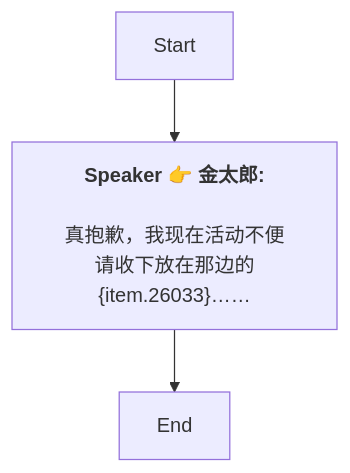
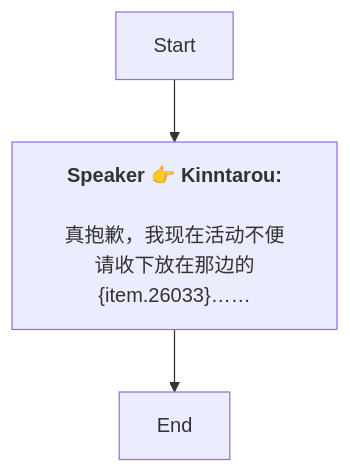
The diagram in Zh/QuestStartTalkENode_1738968291086509.md (SoftHu/tos_avg), drawn with Mermaid before and after one commit. The commit also changed 737 other files, not shown here.

````diff
--- a/Zh/QuestStartTalkENode_1738968291086509.md
+++ b/Zh/QuestStartTalkENode_1738968291086509.md
@@ -1,9 +1,8 @@
 ```mermaid
 graph
-Start -->1738969370984625[<b>Speaker 👉 金太郎:</b>
-
-真抱歉，我现在活动不便
+Start -->1738969370984625[<b>Speaker 👉 Kinntarou:</b>
+\n真抱歉，我现在活动不便
 请收下放在那边的&lbrace;item.26033&rbrace;……]
 1738969370984625 -->1738969370984626[End]
 
- ```
+```
````
